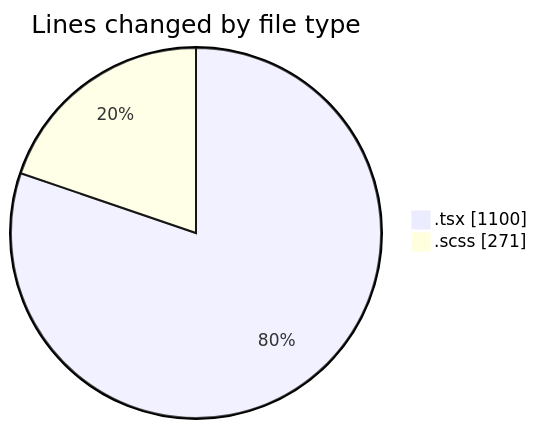
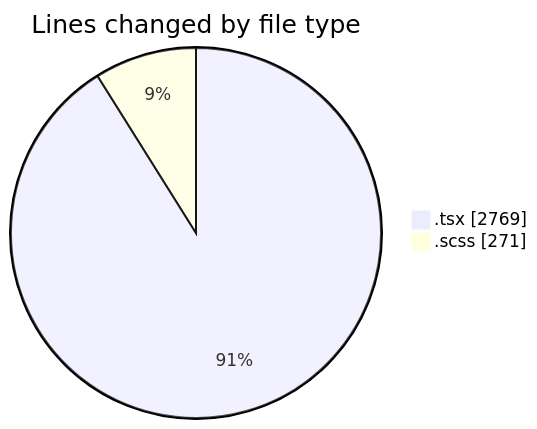
The first of 2 diagrams in 2025-11-18/cda/README.md (momahboobian/code-tracking), drawn with Mermaid before and after one commit. The commit also changed other lines of this file and 1 other file, not shown here.

````diff
--- a/2025-11-18/cda/README.md
+++ b/2025-11-18/cda/README.md
@@ -24,6 +25,6 @@
 ```mermaid
 pie showData
 title Lines changed by file type
-".tsx" : 1100
+".tsx" : 2769
 ".scss" : 271
 ```
````
